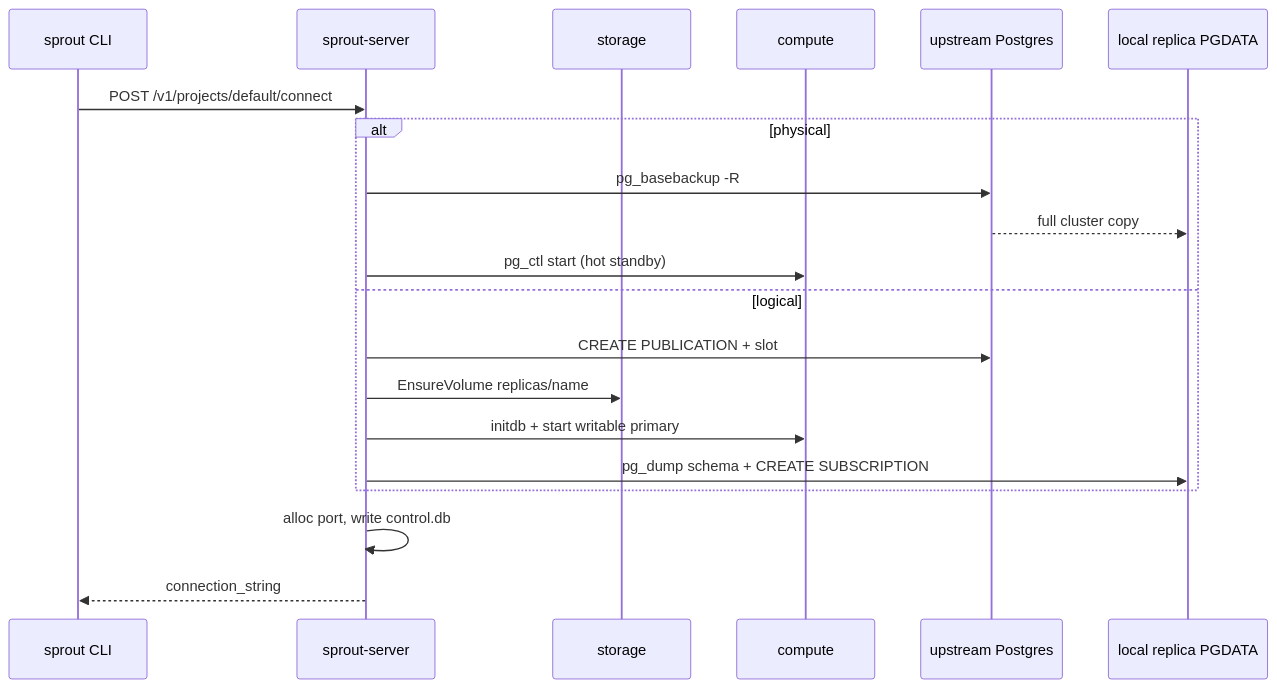
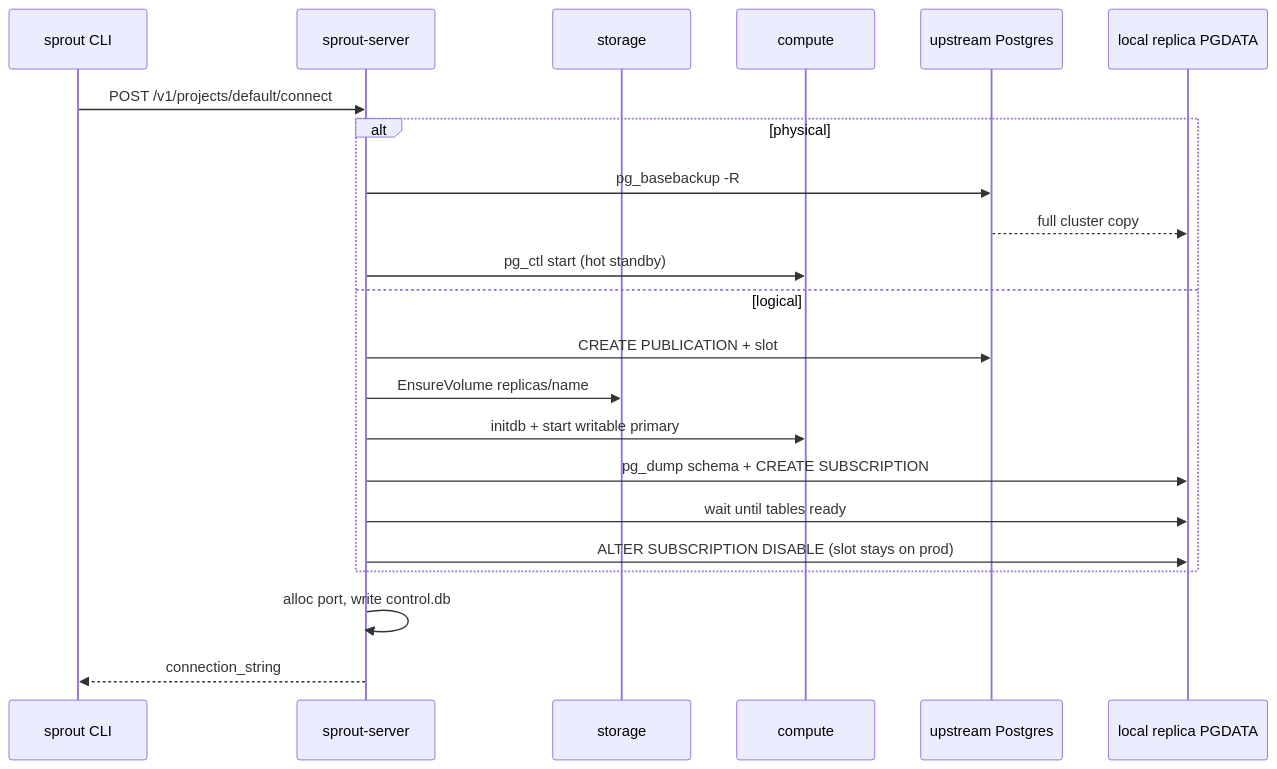
The fourth of 8 diagrams in ARCHITECTURE.md (adityaraj-09/sprout), drawn with Mermaid before and after one commit. The commit also changed other lines of this file and 24 other files, not shown here.

````diff
--- a/ARCHITECTURE.md
+++ b/ARCHITECTURE.md
@@ -151,23 +151,25 @@
 ```mermaid
 sequenceDiagram
   participant CLI as sprout CLI
   participant API as sprout-server
   participant ST as storage
   participant CMP as compute
   participant UP as upstream Postgres
   participant R as local replica PGDATA
 
   CLI->>API: POST /v1/projects/default/connect
   alt physical
     API->>UP: pg_basebackup -R
     UP-->>R: full cluster copy
     API->>CMP: pg_ctl start (hot standby)
   else logical
     API->>UP: CREATE PUBLICATION + slot
     API->>ST: EnsureVolume replicas/name
     API->>CMP: initdb + start writable primary
     API->>R: pg_dump schema + CREATE SUBSCRIPTION
+    API->>R: wait until tables ready
+    API->>R: ALTER SUBSCRIPTION DISABLE (slot stays on prod)
   end
   API->>API: alloc port, write control.db
   API-->>CLI: connection_string
 ```
````
